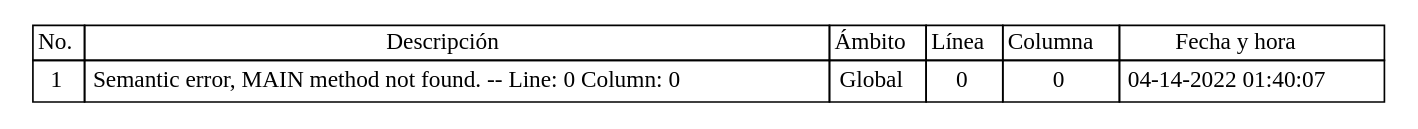
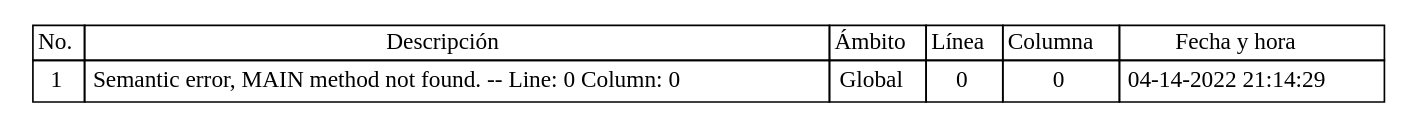
One commit to Jodyannre/COMPI2_proyecto2_2022 changed the diagram in Back/Web/tablas/tablaErrores.dot. Above: the diagram before and after it, drawn with Graphviz. The commit also changed 8 other files, not shown here.

```diff
--- a/Back/Web/tablas/tablaErrores.dot
+++ b/Back/Web/tablas/tablaErrores.dot
@@ -1,36 +1,36 @@
 
 	digraph {
 		tablaSimbolos [
 		  shape=plaintext
 		  label=<
 			<table border='0' cellborder='1' color='black' cellspacing='0'>
 			  <tr>
 				  <td>No.</td>
 				  <td>Descripción</td>
 				  <td>Ámbito</td>
 				  <td>Línea</td>
 				  <td>Columna</td>
 				  <td>Fecha y hora</td>
 			  </tr>
 	
 <tr>
 <td cellpadding='4'>
 1
 </td>
 <td cellpadding='4'>Semantic error, MAIN method not found. -- Line: 0 Column: 0
 </td>
 <td cellpadding='4'>Global
 </td>
 <td cellpadding='4'>0
 </td>
 <td cellpadding='4'>
 0
 </td>
 <td cellpadding='4'>
-04-14-2022 01:40:07
+04-14-2022 21:14:29
 </td>
 </tr>
 
 		</table>
 		>];
 	}
```
